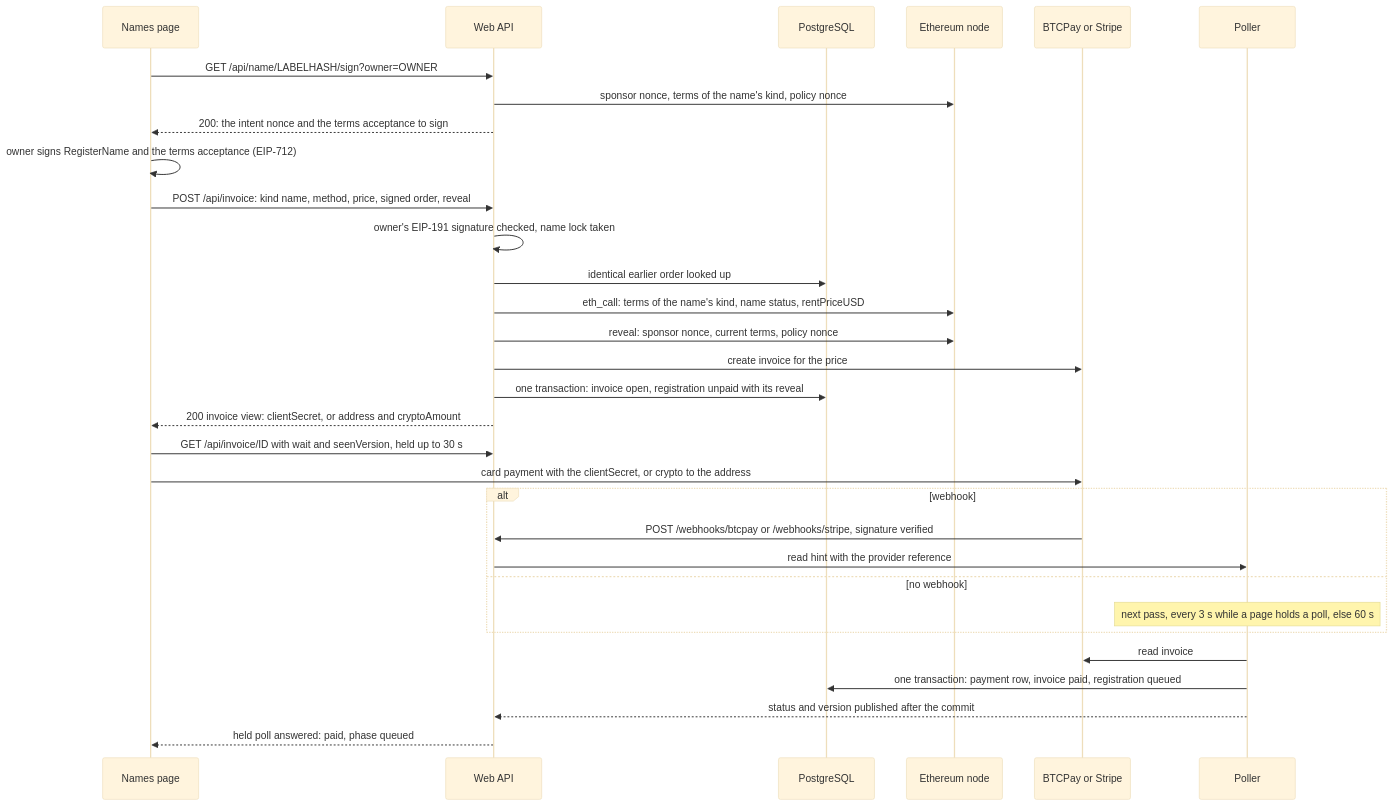
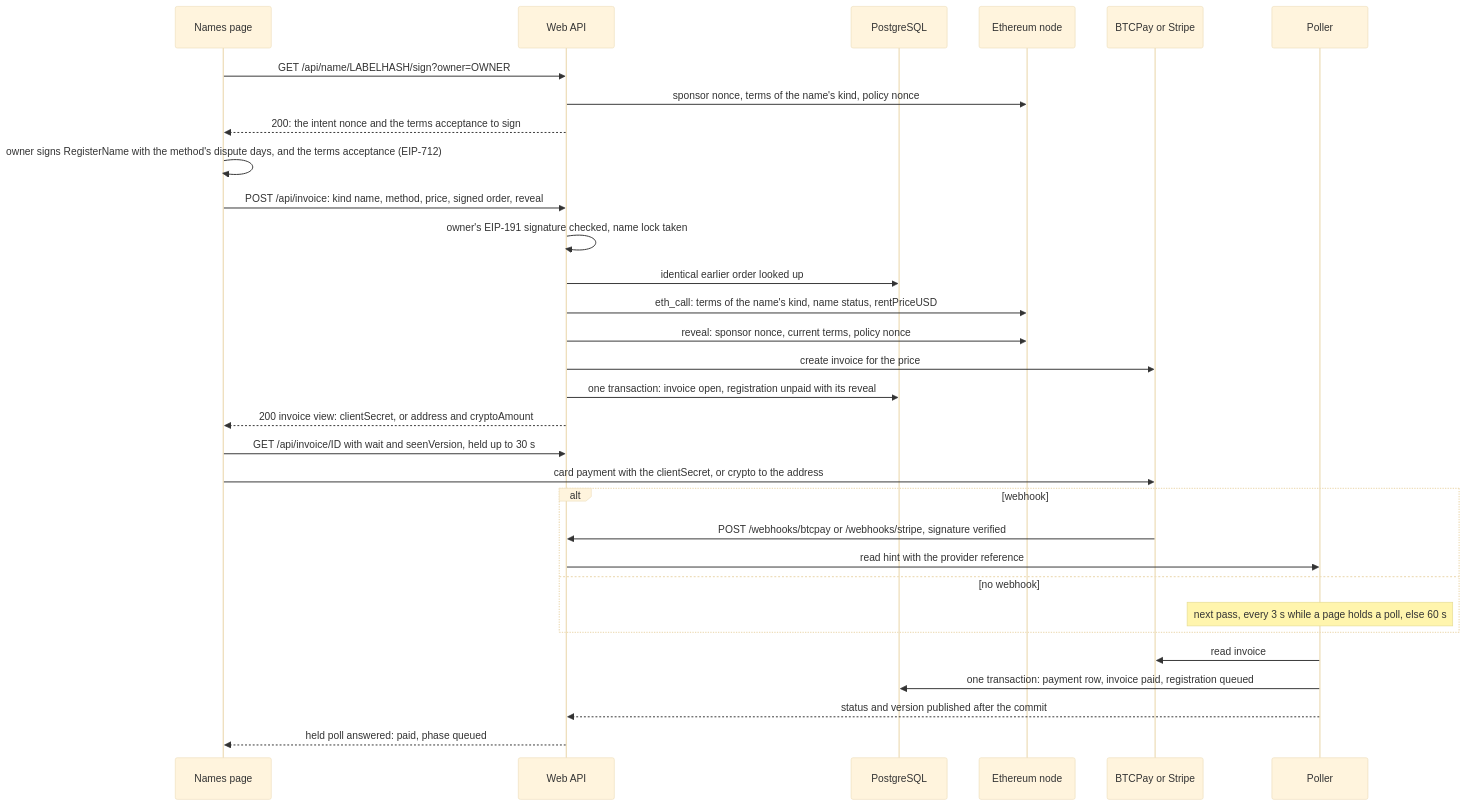
One commit to simplex-chat/simplex-chat changed the second of 15 diagrams in apps/simplex-store-service/docs/names.md. Above: the diagram before and after it, drawn with Mermaid (base theme). The commit also changed other lines of this file and 1 other file, not shown here.

Commit message:
store: document dispute days and ended orders on the names structure

````diff
--- a/apps/simplex-store-service/docs/names.md
+++ b/apps/simplex-store-service/docs/names.md
@@ -158,33 +158,33 @@
 ```mermaid
 sequenceDiagram
   participant P as Names page
   participant W as Web API
   participant D as PostgreSQL
   participant E as Ethereum node
   participant V as BTCPay or Stripe
   participant L as Poller
   P->>W: GET /api/name/LABELHASH/sign?owner=OWNER
   W->>E: sponsor nonce, terms of the name's kind, policy nonce
   W-->>P: 200: the intent nonce and the terms acceptance to sign
-  P->>P: owner signs RegisterName and the terms acceptance (EIP-712)
+  P->>P: owner signs RegisterName with the method's dispute days, and the terms acceptance (EIP-712)
   P->>W: POST /api/invoice: kind name, method, price, signed order, reveal
   W->>W: owner's EIP-191 signature checked, name lock taken
   W->>D: identical earlier order looked up
   W->>E: eth_call: terms of the name's kind, name status, rentPriceUSD
   W->>E: reveal: sponsor nonce, current terms, policy nonce
   W->>V: create invoice for the price
   W->>D: one transaction: invoice open, registration unpaid with its reveal
   W-->>P: 200 invoice view: clientSecret, or address and cryptoAmount
   P->>W: GET /api/invoice/ID with wait and seenVersion, held up to 30 s
   P->>V: card payment with the clientSecret, or crypto to the address
   alt webhook
     V->>W: POST /webhooks/btcpay or /webhooks/stripe, signature verified
     W->>L: read hint with the provider reference
   else no webhook
     Note over L: next pass, every 3 s while a page holds a poll, else 60 s
   end
   L->>V: read invoice
   L->>D: one transaction: payment row, invoice paid, registration queued
   L-->>W: status and version published after the commit
   W-->>P: held poll answered: paid, phase queued
 ```
````
